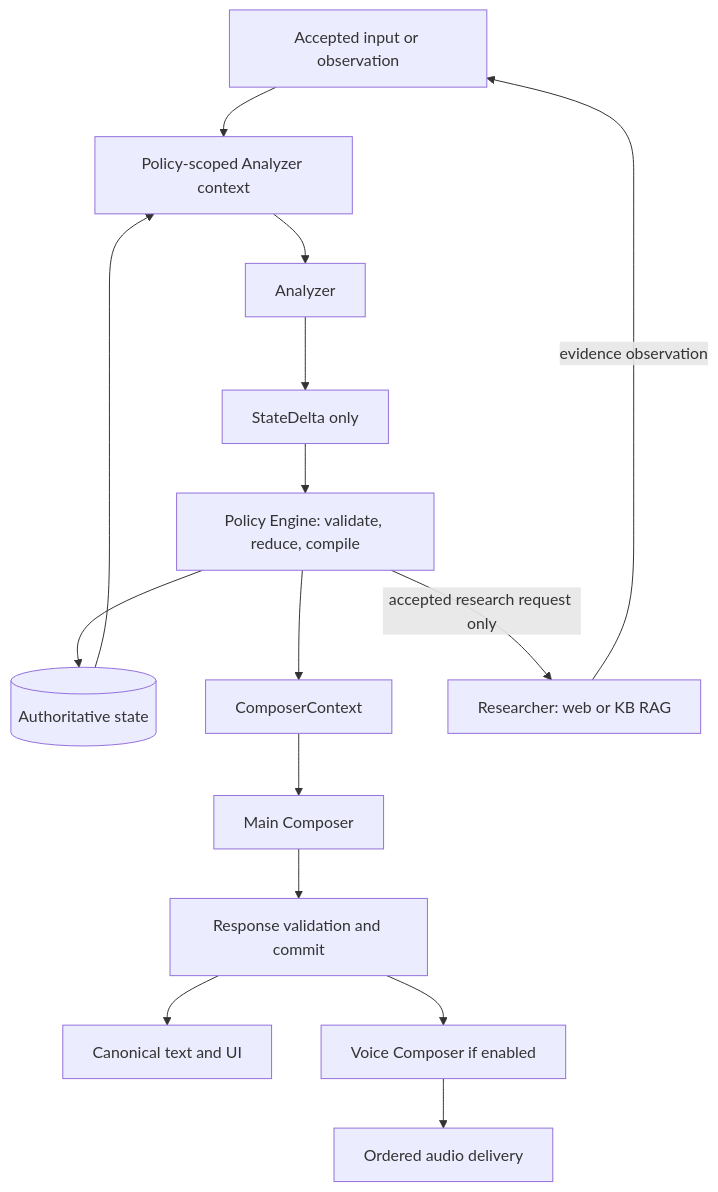
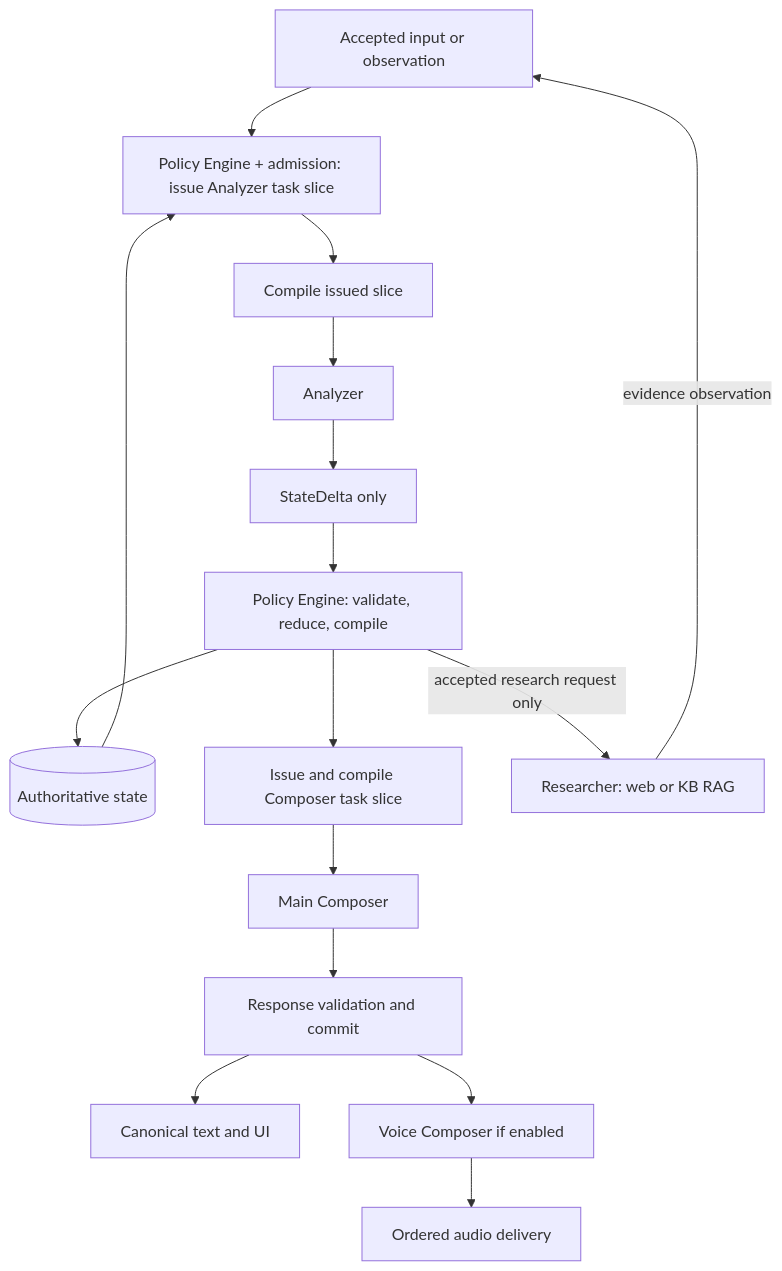
One commit to oleksandr-rud/cascade-codex changed the diagram in .codex/plugins/cascade-ai-architect/skills/design-agent-blueprint/references/analyzer-policy-composer.md. Above: the diagram before and after it, drawn with Mermaid. The commit also changed other lines of this file and 130 other files, not shown here.

First line of the commit message:
feat(harness): add role projections and task-scoped closeout

````diff
--- a/.codex/plugins/cascade-ai-architect/skills/design-agent-blueprint/references/analyzer-policy-composer.md
+++ b/.codex/plugins/cascade-ai-architect/skills/design-agent-blueprint/references/analyzer-policy-composer.md
@@ -34,17 +34,18 @@
 ```mermaid
 flowchart TD
-    I[Accepted input or observation] --> X[Policy-scoped Analyzer context]
+    I[Accepted input or observation] --> X[Policy Engine + admission: issue Analyzer task slice]
     S[(Authoritative state)] --> X
-    X --> A[Analyzer]
+    X --> F[Compile issued slice]
+    F --> A[Analyzer]
     A --> D[StateDelta only]
     D --> P[Policy Engine: validate, reduce, compile]
     P --> S
-    P --> C[ComposerContext]
+    P --> C[Issue and compile Composer task slice]
     C --> M[Main Composer]
     M --> G[Response validation and commit]
     G --> T[Canonical text and UI]
     G --> V[Voice Composer if enabled]
     V --> O[Ordered audio delivery]
     P -->|accepted research request only| R[Researcher: web or KB RAG]
     R -->|evidence observation| I
 ```
````
